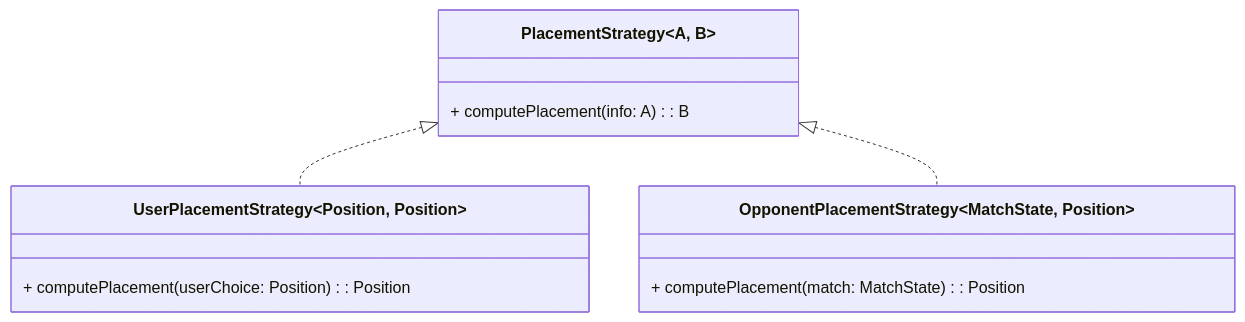
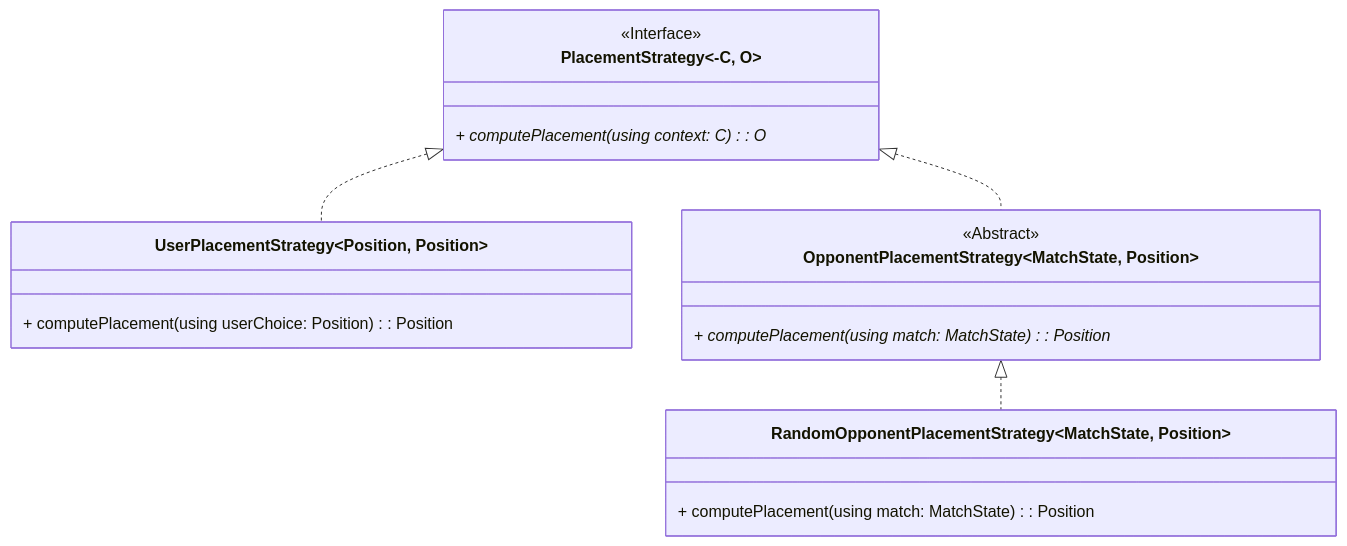
The fourth of 12 diagrams in docs/report/5-detailed-design.md (Borgotto/PPS-25-scalatello), drawn with Mermaid before and after one commit. The commit also changed other lines of this file, not shown here.

First line of the commit message:
Update Player and PlacementStrategy documentation

````diff
--- a/docs/report/5-detailed-design.md
+++ b/docs/report/5-detailed-design.md
@@ -101,15 +101,19 @@
 ```mermaid
 classDiagram
-    class PlacementStrategy~A, B~ {
-        + computePlacement(info: A): B
+    class PlacementStrategy~-C, O~ <<Interface>> {
+        + computePlacement(using context: C)*: O
     }
     class UserPlacementStrategy~Position, Position~ {
-        + computePlacement(userChoice: Position): Position
+        + computePlacement(using userChoice: Position): Position
     }
-    class OpponentPlacementStrategy~MatchState, Position~ {
-        + computePlacement(match: MatchState): Position
+    class OpponentPlacementStrategy ~MatchState, Position~ <<Abstract>> {
+        + computePlacement(using match: MatchState)*: Position
+    }
+    class RandomOpponentPlacementStrategy~MatchState, Position~ {
+        + computePlacement(using match: MatchState): Position
     }
 
     PlacementStrategy <|.. UserPlacementStrategy
     PlacementStrategy <|.. OpponentPlacementStrategy
+    OpponentPlacementStrategy <|.. RandomOpponentPlacementStrategy
 ```
````
